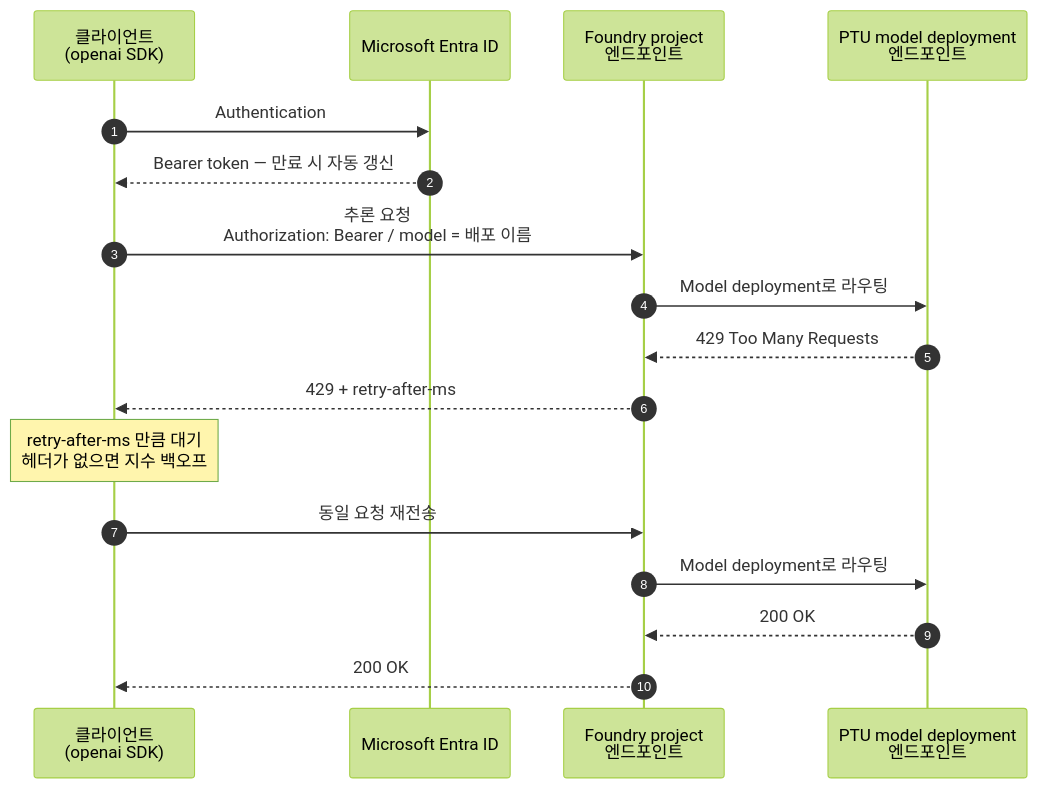
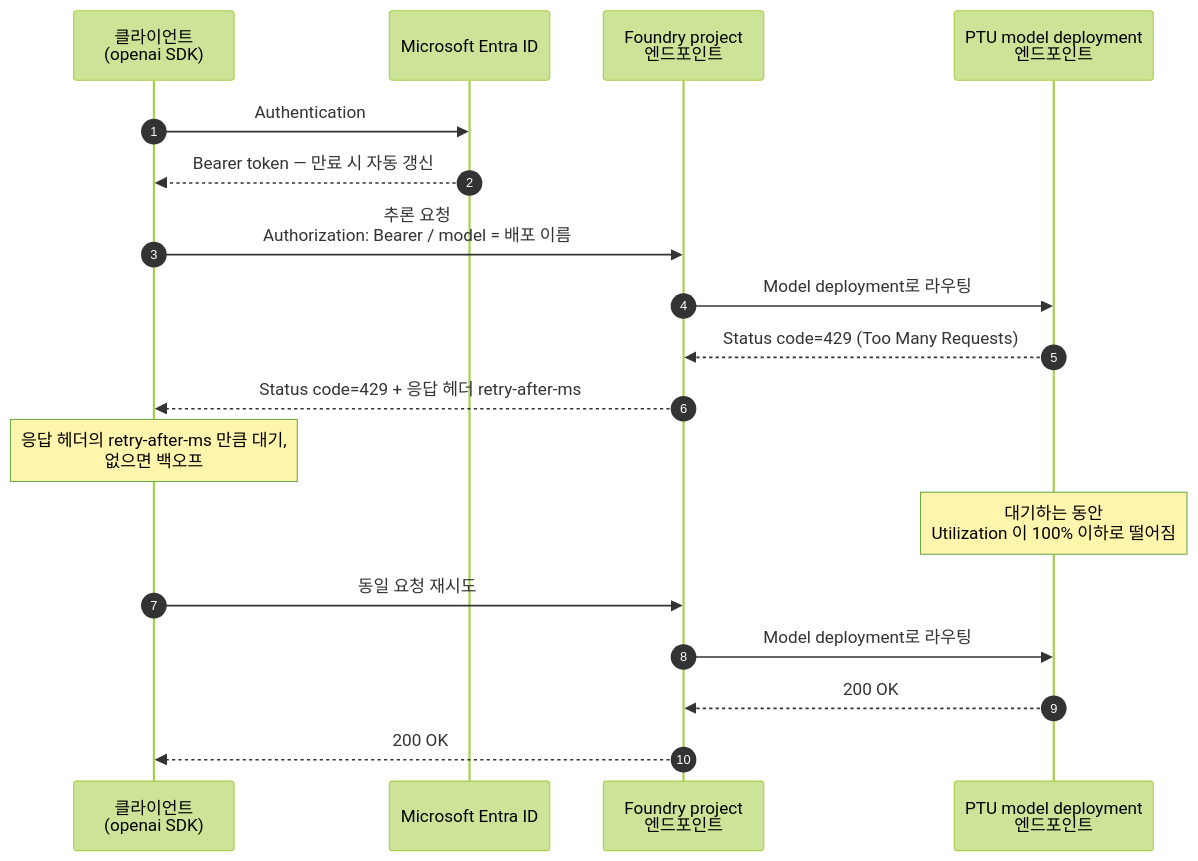
The third of 6 diagrams in README.md (ivorycloud1013/lab-azure-guide-foundry-ptu), drawn with Mermaid (forest theme) before and after one commit.

Commit message:
docs: 3.2 시퀀스에 Utilization 회복 노트 추가
429 응답(5)과 재시도 라우팅(8) 사이에, 클라이언트가 대기하는 동안
PTU 배포의 Utilization 이 100% 이하로 떨어진다는 노트를 넣었다.
재시도가 왜 성공하는지가 다이어그램에서 드러난다.

````diff
--- a/README.md
+++ b/README.md
@@ -274,20 +274,21 @@
 ```mermaid
 sequenceDiagram
     autonumber
     participant Client as 클라이언트<br/>(openai SDK)
     participant Entra as Microsoft Entra ID
     participant EP as Foundry project<br/>엔드포인트
     participant Deployment as PTU model deployment<br/>엔드포인트
 
     Client->>Entra: Authentication
     Entra-->>Client: Bearer token — 만료 시 자동 갱신
     Client->>EP: 추론 요청<br/>Authorization: Bearer / model = 배포 이름
     EP->>Deployment: Model deployment로 라우팅
-    Deployment-->>EP: 429 Too Many Requests
-    EP-->>Client: 429 + retry-after-ms
-    Note over Client: retry-after-ms 만큼 대기<br/>헤더가 없으면 지수 백오프
-    Client->>EP: 동일 요청 재전송
+    Deployment-->>EP: Status code=429 (Too Many Requests)
+    EP-->>Client: Status code=429 + 응답 헤더 retry-after-ms
+    Note over Client: 응답 헤더의 retry-after-ms 만큼 대기,<br/>없으면 백오프
+    Note over Deployment: 대기하는 동안<br/>Utilization 이 100% 이하로 떨어짐
+    Client->>EP: 동일 요청 재시도
     EP->>Deployment: Model deployment로 라우팅
     Deployment-->>EP: 200 OK
     EP-->>Client: 200 OK
 ```
````
